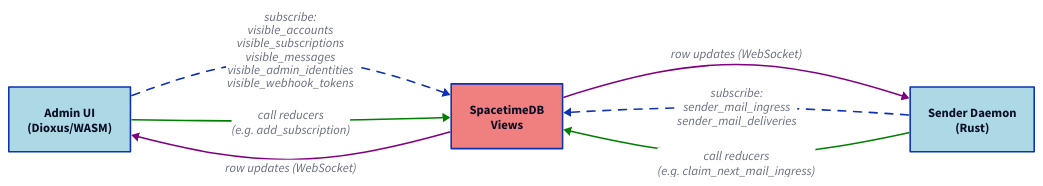
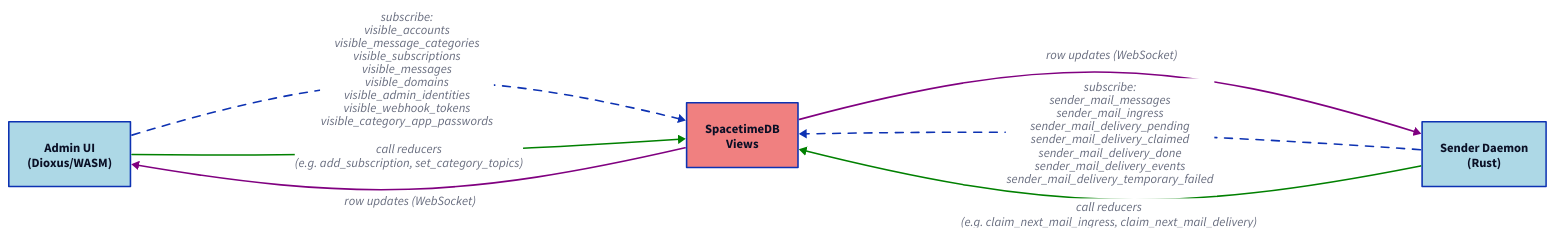
The diagram in docs/src/core/spacetimedb/event-flow-websocket-subscription.d2 (enaut/kommunikationszentrum), drawn with D2 before and after one commit. The commit also changed 14 other files, not shown here.

```diff
--- a/docs/src/core/spacetimedb/event-flow-websocket-subscription.d2
+++ b/docs/src/core/spacetimedb/event-flow-websocket-subscription.d2
@@ -1,14 +1,14 @@
 direction: right
 
 admin_ui: "Admin UI\n(Dioxus/WASM)" { style.fill: lightblue }
 daemon: "Sender Daemon\n(Rust)" { style.fill: lightblue }
 spacetime: "SpacetimeDB\nViews" { style.fill: lightcoral }
 
-admin_ui -> spacetime: "subscribe:\nvisible_accounts\nvisible_subscriptions\nvisible_messages\nvisible_admin_identities\nvisible_webhook_tokens" { style.stroke-dash: 5 }
-daemon -> spacetime: "subscribe:\nsender_mail_ingress\nsender_mail_deliveries" { style.stroke-dash: 5 }
+admin_ui -> spacetime: "subscribe:\nvisible_accounts\nvisible_message_categories\nvisible_subscriptions\nvisible_messages\nvisible_domains\nvisible_admin_identities\nvisible_webhook_tokens\nvisible_category_app_passwords" { style.stroke-dash: 5 }
+daemon -> spacetime: "subscribe:\nsender_mail_messages\nsender_mail_ingress\nsender_mail_delivery_pending\nsender_mail_delivery_claimed\nsender_mail_delivery_done\nsender_mail_delivery_events\nsender_mail_delivery_temporary_failed" { style.stroke-dash: 5 }
 
 spacetime -> admin_ui: "row updates (WebSocket)" { style.stroke: purple }
 spacetime -> daemon: "row updates (WebSocket)" { style.stroke: purple }
 
-admin_ui -> spacetime: "call reducers\n(e.g. add_subscription)" { style.stroke: green }
-daemon -> spacetime: "call reducers\n(e.g. claim_next_mail_ingress)" { style.stroke: green }
+admin_ui -> spacetime: "call reducers\n(e.g. add_subscription, set_category_topics)" { style.stroke: green }
+daemon -> spacetime: "call reducers\n(e.g. claim_next_mail_ingress, claim_next_mail_delivery)" { style.stroke: green }
```
